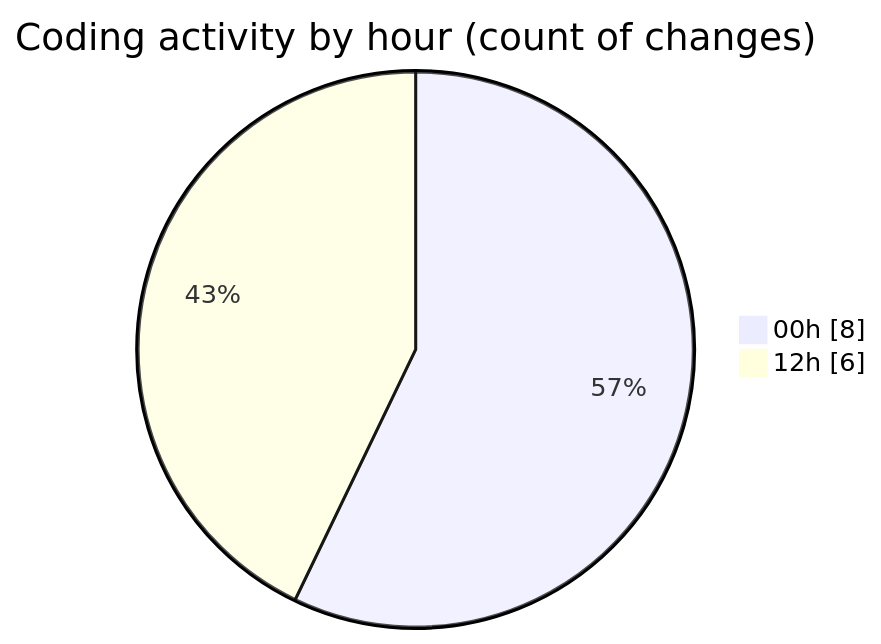
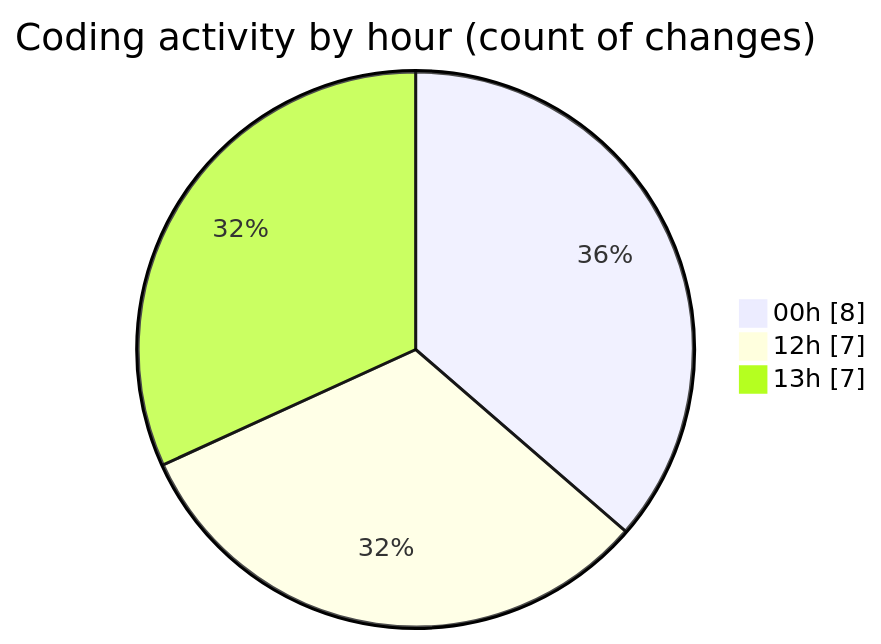
Before and after one commit to julien-gomy/code-tracking: the second of 2 diagrams in 2025-10-11/cdp_aleoudev_fr__workspace_/README.md, drawn with Mermaid. The commit also changed other lines of this file and 1 other file, not shown here.

````diff
--- a/2025-10-11/cdp_aleoudev_fr__workspace_/README.md
+++ b/2025-10-11/cdp_aleoudev_fr__workspace_/README.md
@@ -33,6 +33,7 @@
 ```mermaid
 pie showData
 title Coding activity by hour (count of changes)
 "00h" : 8
-"12h" : 6
+"12h" : 7
+"13h" : 7
 ```
````
